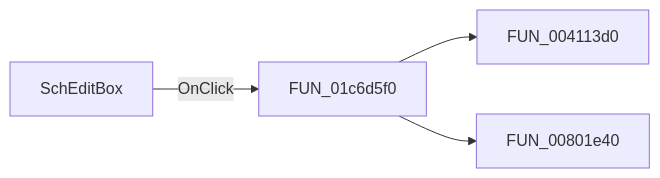
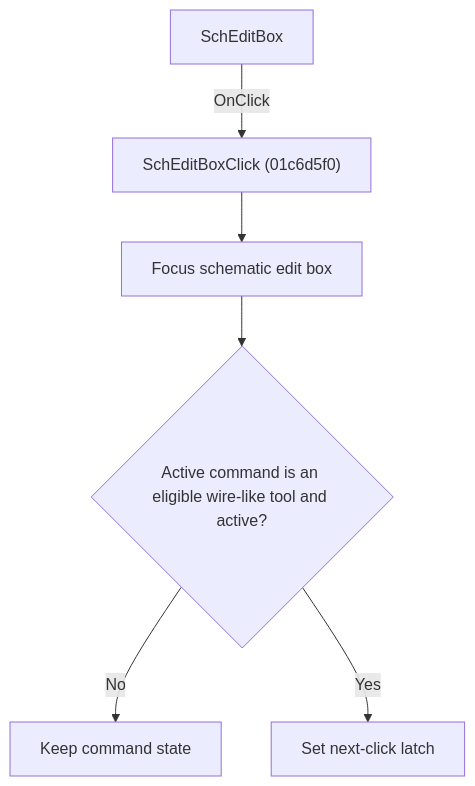
The diagram in docs/ui-controls/schematiceditor/scheditbox-a6131a2ff7.md (MovGP0/TIARA), drawn with Mermaid before and after one commit. The commit also changed other lines of this file and 1062 other files, not shown here.

````diff
--- a/docs/ui-controls/schematiceditor/scheditbox-a6131a2ff7.md
+++ b/docs/ui-controls/schematiceditor/scheditbox-a6131a2ff7.md
@@ -27,6 +27,8 @@
 ```mermaid
-flowchart LR
-    control["SchEditBox"] -->|OnClick| handler["FUN_01c6d5f0"]
-    handler --> call1["FUN_004113d0"]
-    handler --> call2["FUN_00801e40"]
+flowchart TD
+    control["SchEditBox"] -->|"OnClick"| handler["SchEditBoxClick (01c6d5f0)"]
+    handler --> focus["Focus schematic edit box"]
+    focus --> kind{"Active command is an eligible wire-like tool and active?"}
+    kind -->|"No"| done["Keep command state"]
+    kind -->|"Yes"| arm["Set next-click latch"]
 ```
````
